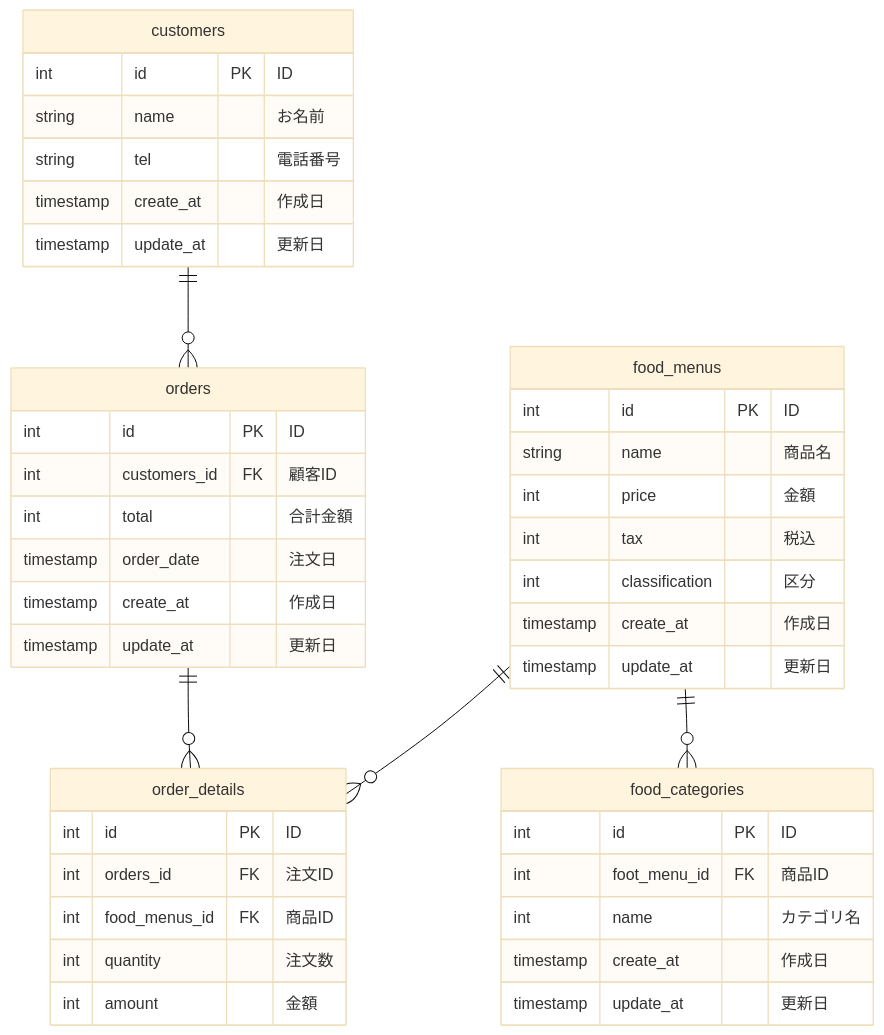
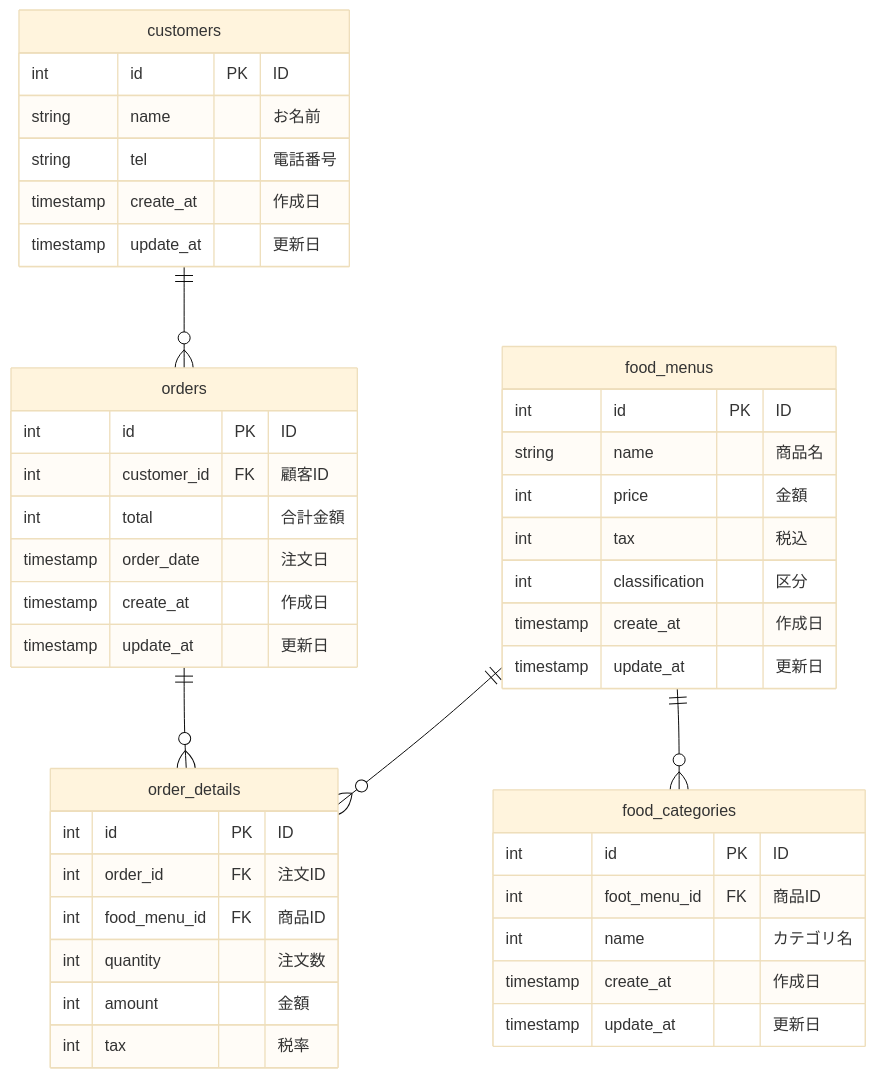
Before and after one commit to kubo-work/ER-Lesson: the diagram in 3-1.md, drawn with Mermaid (base theme). The commit also changed 1 other file, not shown here.

Commit message:
FKのキーが複数形になっているものを単数系に変更

````diff
--- a/3-1.md
+++ b/3-1.md
@@ -1,57 +1,61 @@
 ```mermaid
     erDiagram 
         %% 顧客テーブル
         customers {
             int id PK "ID"
             string name "お名前"
             string tel "電話番号"
             timestamp create_at "作成日"
             timestamp update_at "更新日" 
         }
 
         %% 商品テーブル
         food_menus {
             int id PK "ID"
             string name "商品名"
             int price "金額"
-              %% 見落とし
+            %% 見落とし
             int tax "税込"
             %% 見落とし 
             int classification "区分"
             timestamp create_at "作成日"
             timestamp update_at "更新日" 
         }
 
         %% 商品カテゴリテーブル
         food_categories {
             int id PK "ID"
             int foot_menu_id FK "商品ID"
             int name "カテゴリ名"
             timestamp create_at "作成日"
             timestamp update_at "更新日" 
         }
 
         %% 注文テーブル
         orders{
             int id PK "ID"
-            int customers_id FK "顧客ID"
+            int customer_id FK "顧客ID"
             int total "合計金額"
             timestamp order_date "注文日"
             timestamp create_at "作成日"
             timestamp update_at "更新日" 
         }
 
         %% 注文明細テーブル
         order_details {
             int id PK "ID"
-            int orders_id FK "注文ID"
-            int food_menus_id FK "商品ID"
+            int order_id FK "注文ID"
+            int food_menu_id FK "商品ID"
             int quantity "注文数"
             int amount "金額"
+            int tax "税率"
         }
+
+        %% 税率テーブル
+        
 
         food_menus ||--o{ food_categories: ""
         customers ||--o{ orders: ""
         orders ||--o{ order_details:""
         food_menus ||--o{ order_details:""
 ```
````
